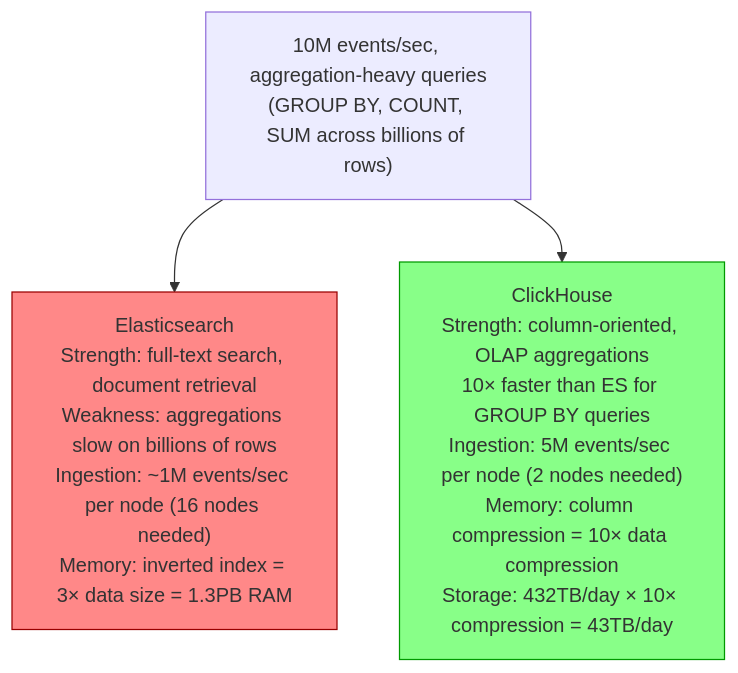
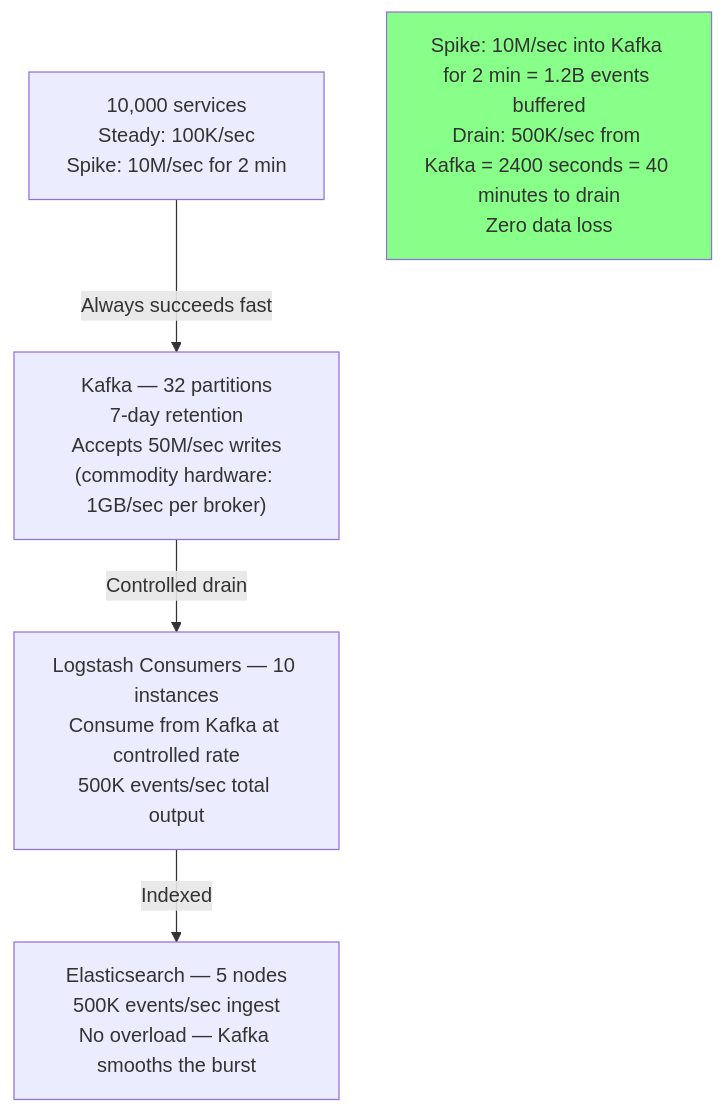
One commit to gauravprwl14/system-design-course changed the seventh of 11 diagrams in docs-site/content/12-interview-prep/question-bank/observability-sre/log-aggregation-systems.md. Above: the diagram before and after it, drawn with Mermaid. The commit also changed other lines of this file and 1 other file, not shown here.

````diff
--- a/docs-site/content/12-interview-prep/question-bank/observability-sre/log-aggregation-systems.md
+++ b/docs-site/content/12-interview-prep/question-bank/observability-sre/log-aggregation-systems.md
@@ -286,14 +247,18 @@
 ```mermaid
 graph TD
-  UseCase["10M events/sec, aggregation-heavy queries\n(GROUP BY, COUNT, SUM across billions of rows)"]
+  Services["10,000 services\nSteady: 100K/sec\nSpike: 10M/sec for 2 min"]
 
-  ES["Elasticsearch\nStrength: full-text search, document retrieval\nWeakness: aggregations slow on billions of rows\nIngestion: ~1M events/sec per node (16 nodes needed)\nMemory: inverted index = 3× data size = 1.3PB RAM"]
+  Kafka["Kafka — 32 partitions\n7-day retention\nAccepts 50M/sec writes\n(commodity hardware: 1GB/sec per broker)"]
 
-  CH["ClickHouse\nStrength: column-oriented, OLAP aggregations\n10× faster than ES for GROUP BY queries\nIngestion: 5M events/sec per node (2 nodes needed)\nMemory: column compression = 10× data compression\nStorage: 432TB/day × 10× compression = 43TB/day"]
+  Logstash["Logstash Consumers — 10 instances\nConsume from Kafka at controlled rate\n500K events/sec total output"]
 
-  UseCase --> ES
-  UseCase --> CH
+  ES["Elasticsearch — 5 nodes\n500K events/sec ingest\nNo overload — Kafka smooths the burst"]
 
-  style ES fill:#f88,stroke:#900
-  style CH fill:#8f8,stroke:#090
+  Services -->|Always succeeds fast| Kafka
+  Kafka -->|Controlled drain| Logstash
+  Logstash -->|Indexed| ES
+
+  Note["Spike: 10M/sec into Kafka for 2 min = 1.2B events buffered\nDrain: 500K/sec from Kafka = 2400 seconds = 40 minutes to drain\nZero data loss"]
+
+  style Note fill:#8f8
 ```
````
